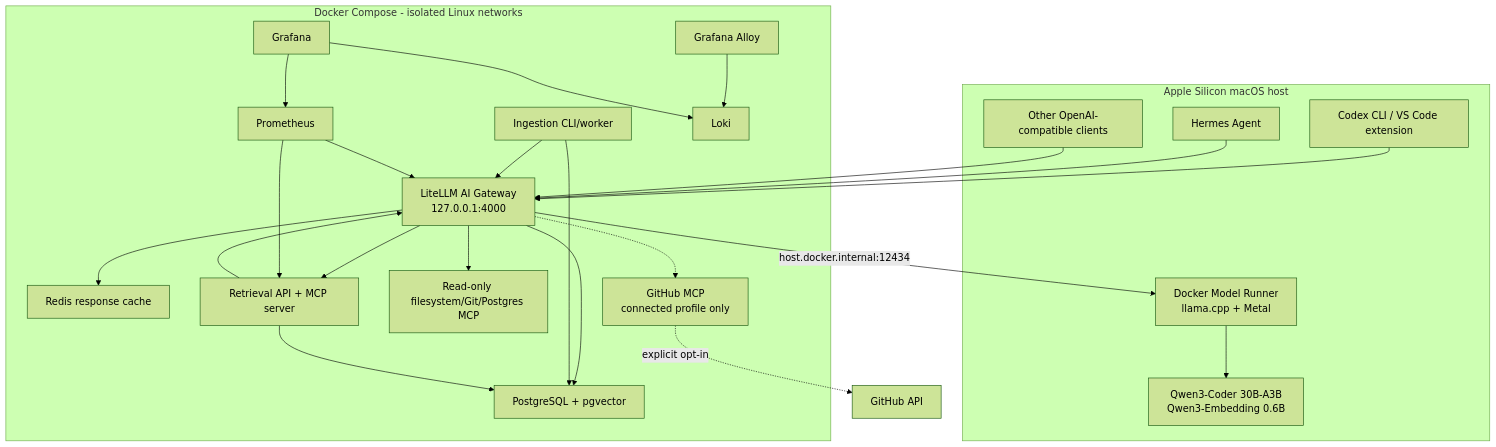
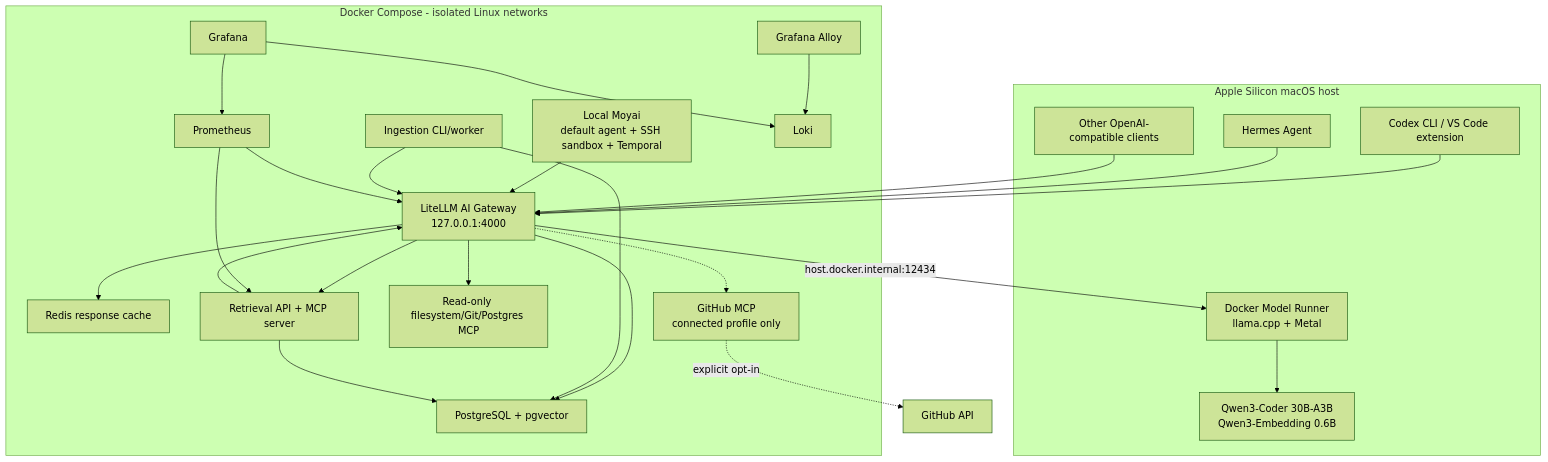
The first of 4 diagrams in docs/architecture.md (taras-kolodchyn/local-ai-platform), drawn with Mermaid (forest theme) before and after one commit. The commit also changed other lines of this file and 40 other files, not shown here.

````diff
--- a/docs/architecture.md
+++ b/docs/architecture.md
@@ -14,46 +19,48 @@
 ```mermaid
 flowchart TB
     subgraph Host["Apple Silicon macOS host"]
         Codex["Codex CLI / VS Code extension"]
         Hermes["Hermes Agent"]
         Other["Other OpenAI-compatible clients"]
         DMR["Docker Model Runner\nllama.cpp + Metal"]
         Qwen["Qwen3-Coder 30B-A3B\nQwen3-Embedding 0.6B"]
         DMR --> Qwen
     end
 
     subgraph Compose["Docker Compose - isolated Linux networks"]
         LiteLLM["LiteLLM AI Gateway\n127.0.0.1:4000"]
+        Moyai["Local Moyai\ndefault agent + SSH sandbox + Temporal"]
         Redis["Redis response cache"]
         Postgres["PostgreSQL + pgvector"]
         Ingestion["Ingestion CLI/worker"]
         Retrieval["Retrieval API + MCP server"]
         OfflineTools["Read-only filesystem/Git/Postgres MCP"]
         GitHubMCP["GitHub MCP\nconnected profile only"]
         Prometheus["Prometheus"]
         Loki["Loki"]
         Alloy["Grafana Alloy"]
         Grafana["Grafana"]
 
         LiteLLM --> Redis
+        Moyai --> LiteLLM
         LiteLLM --> Postgres
         Ingestion --> LiteLLM
         Ingestion --> Postgres
         Retrieval --> LiteLLM
         Retrieval --> Postgres
         LiteLLM --> Retrieval
         LiteLLM --> OfflineTools
         LiteLLM -.-> GitHubMCP
         Prometheus --> LiteLLM
         Prometheus --> Retrieval
         Alloy --> Loki
         Grafana --> Prometheus
         Grafana --> Loki
     end
 
     Codex --> LiteLLM
     Hermes --> LiteLLM
     Other --> LiteLLM
     LiteLLM -->|"host.docker.internal:12434"| DMR
     GitHubMCP -. "explicit opt-in" .-> GitHub["GitHub API"]
 ```
````
